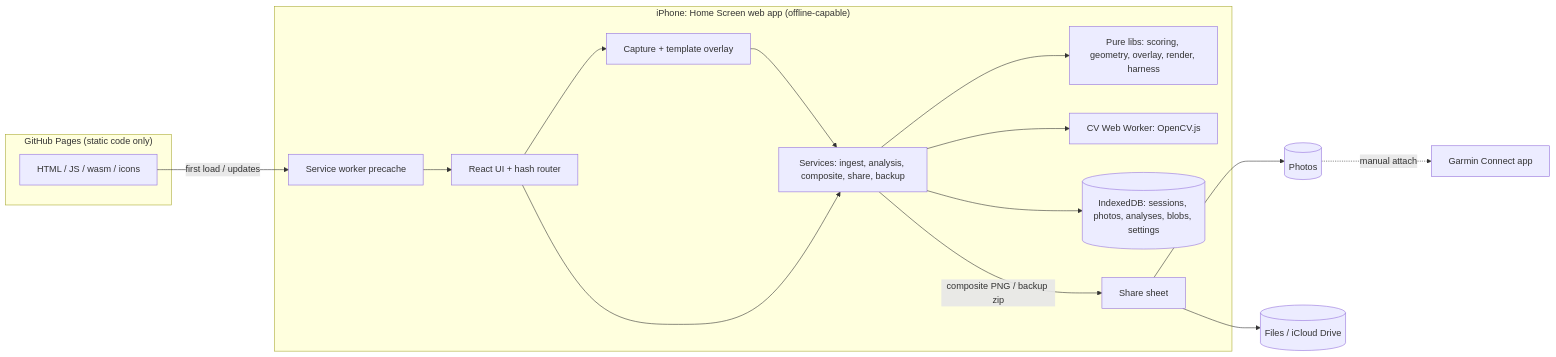
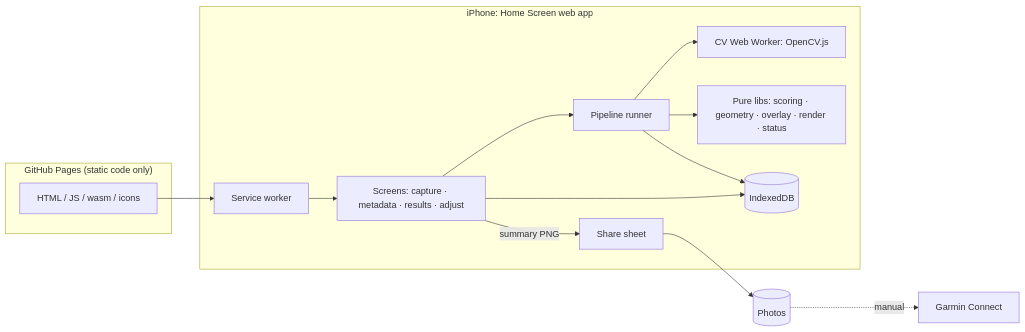
The second of 2 diagrams in docs/PLAN.md (KomplexMojo/NordicAim), drawn with Mermaid before and after one commit. The commit also changed other lines of this file and 44 other files, not shown here.

First line of the commit message:
Plan rev 4: three-step MVP with automatic analysis pipeline

````diff
--- a/docs/PLAN.md
+++ b/docs/PLAN.md
@@ -129,25 +128,21 @@
 ```mermaid
 flowchart LR
   subgraph Pages["GitHub Pages (static code only)"]
     Assets[HTML / JS / wasm / icons]
   end
-  subgraph Phone["iPhone: Home Screen web app (offline-capable)"]
-    SW[Service worker precache]
-    UI[React UI + hash router]
-    Cam[Capture + template overlay]
-    Svc[Services: ingest, analysis, composite, share, backup]
-    Pure[Pure libs: scoring, geometry, overlay, render, harness]
+  subgraph Phone["iPhone: Home Screen web app"]
+    SW[Service worker]
+    UI[Screens: capture · metadata · results · adjust]
+    Runner[Pipeline runner]
     W[CV Web Worker: OpenCV.js]
-    IDB[(IndexedDB: sessions, photos, analyses, blobs, settings)]
+    Pure[Pure libs: scoring · geometry · overlay · render · status]
+    IDB[(IndexedDB)]
     Share[Share sheet]
   end
-  Assets -->|first load / updates| SW --> UI
-  UI --> Cam --> Svc
-  UI --> Svc --> Pure
-  Svc --> W
-  Svc --> IDB
-  Svc -->|composite PNG / backup zip| Share
-  Share --> Photos[(Photos)]
-  Share --> Files[(Files / iCloud Drive)]
-  Photos -.manual attach.-> GC[Garmin Connect app]
+  Assets --> SW --> UI
+  UI --> Runner --> W
+  Runner --> Pure
+  Runner --> IDB
+  UI --> IDB
+  UI -->|summary PNG| Share --> Photos[(Photos)] -.manual.-> GC[Garmin Connect]
 ```
````
